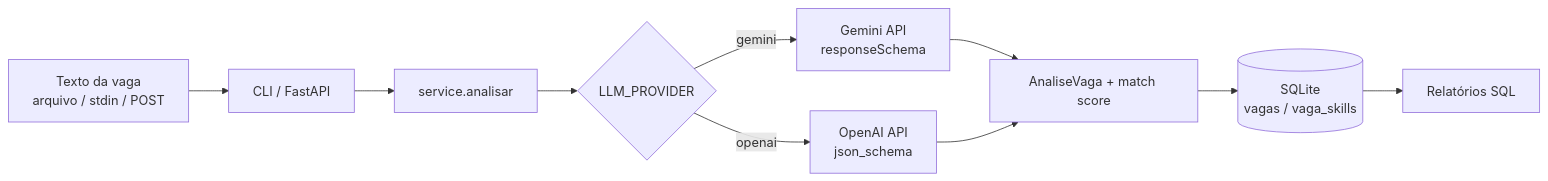
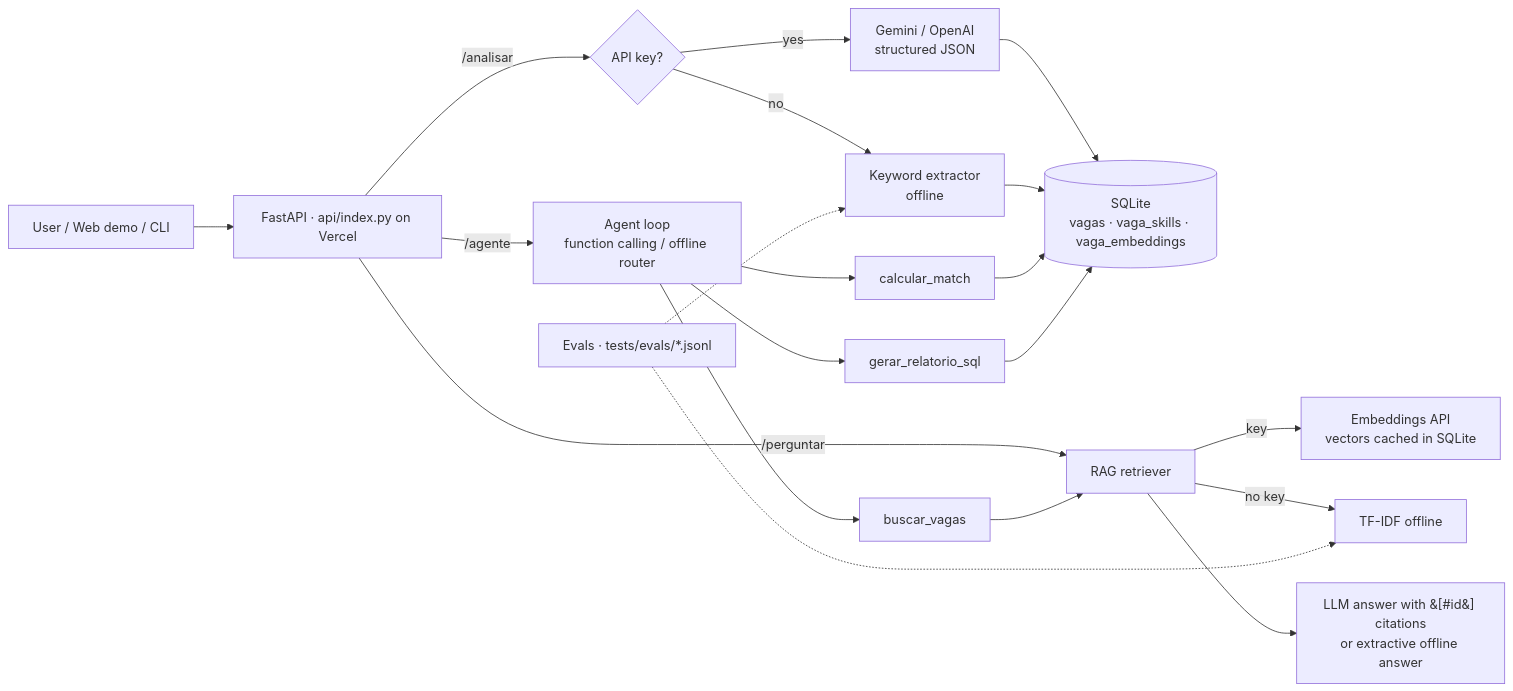
One commit to vagner67/analisador-vagas-ia changed the diagram in README.md. Above: the diagram before and after it, drawn with Mermaid. The commit also changed other lines of this file and 19 other files, not shown here.

Commit message:
feat: RAG com citações, agente com function calling, evals offline, Docker; fix deploy Vercel (fastapi em dependencies)

````diff
--- a/README.md
+++ b/README.md
@@ -39,12 +28,19 @@
 ```mermaid
 flowchart LR
-    A[Texto da vaga<br/>arquivo / stdin / POST] --> B[CLI / FastAPI]
-    B --> C[service.analisar]
-    C --> D{LLM_PROVIDER}
-    D -->|gemini| E[Gemini API<br/>responseSchema]
-    D -->|openai| F[OpenAI API<br/>json_schema]
-    E --> G[AnaliseVaga + match score]
-    F --> G
-    G --> H[(SQLite<br/>vagas / vaga_skills)]
-    H --> I[Relatórios SQL]
+    U[User / Web demo / CLI] --> API[FastAPI · api/index.py on Vercel]
+    API -->|/analisar| EX{API key?}
+    EX -->|yes| LLM[Gemini / OpenAI<br/>structured JSON]
+    EX -->|no| KW[Keyword extractor<br/>offline]
+    LLM --> DB[(SQLite<br/>vagas · vaga_skills · vaga_embeddings)]
+    KW --> DB
+    API -->|/perguntar| RAG[RAG retriever]
+    RAG -->|key| EMB[Embeddings API<br/>vectors cached in SQLite]
+    RAG -->|no key| TF[TF-IDF offline]
+    RAG --> GEN[LLM answer with &#91;#id&#93; citations<br/>or extractive offline answer]
+    API -->|/agente| AG[Agent loop<br/>function calling / offline router]
+    AG --> T1[buscar_vagas] --> RAG
+    AG --> T2[calcular_match] --> DB
+    AG --> T3[gerar_relatorio_sql] --> DB
+    EV[Evals · tests/evals/*.jsonl] -.-> KW
+    EV -.-> TF
 ```
````
